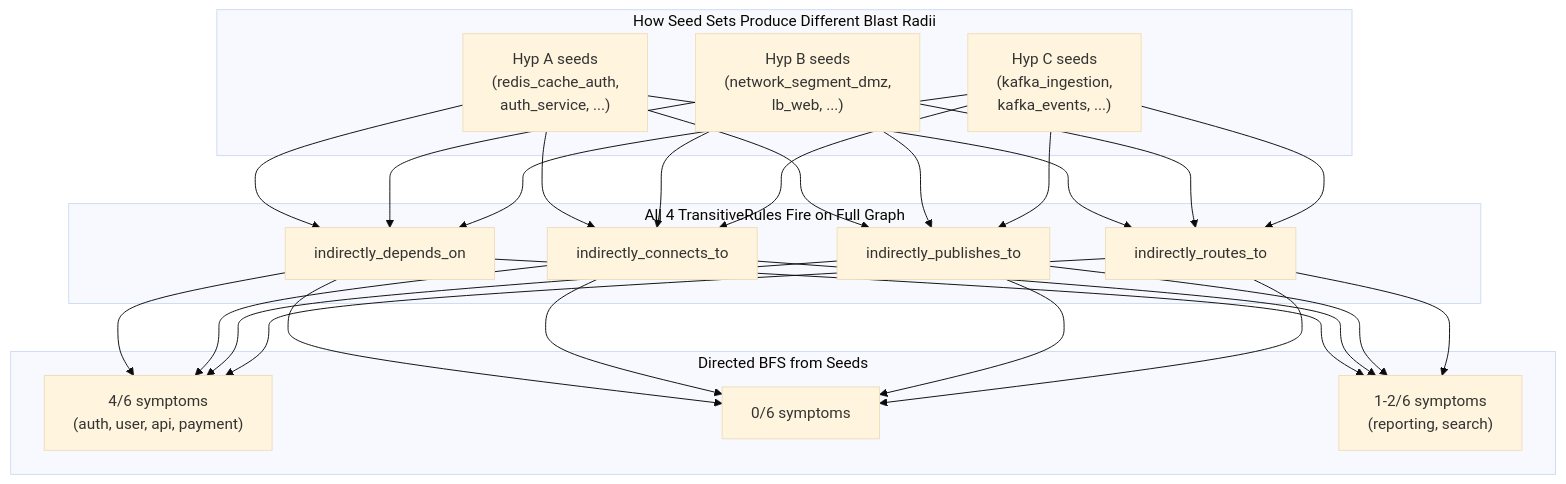
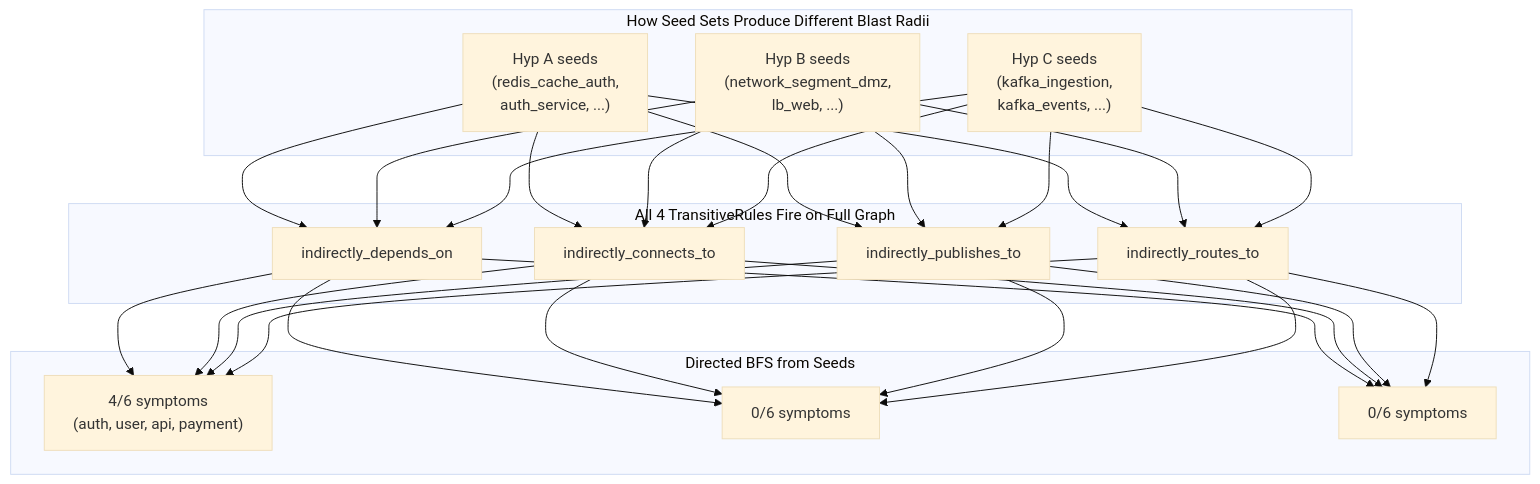
Before and after one commit to antquinonez/Hyper3: the third of 4 diagrams in examples/showcase/workflow/overlay_commit_rollback/README.md, drawn with Mermaid (base theme). The commit also changed other lines of this file and 18 other files, not shown here.

````diff
--- a/examples/showcase/workflow/overlay_commit_rollback/README.md
+++ b/examples/showcase/workflow/overlay_commit_rollback/README.md
@@ -317,26 +317,26 @@
 ```mermaid
 graph TD
     subgraph "How Seed Sets Produce Different Blast Radii"
         SA["Hyp A seeds<br/>(redis_cache_auth,<br/>auth_service, ...)"]
         SB["Hyp B seeds<br/>(network_segment_dmz,<br/>lb_web, ...)"]
         SC["Hyp C seeds<br/>(kafka_ingestion,<br/>kafka_events, ...)"]
     end
 
     subgraph "All 4 TransitiveRules Fire on Full Graph"
         R1["indirectly_depends_on"]
         R2["indirectly_connects_to"]
         R3["indirectly_publishes_to"]
         R4["indirectly_routes_to"]
     end
 
     subgraph "Directed BFS from Seeds"
         BA["4/6 symptoms<br/>(auth, user, api, payment)"]
         BB["0/6 symptoms"]
-        BC["1-2/6 symptoms<br/>(reporting, search)"]
+        BC["0/6 symptoms"]
     end
 
     SA --> R1 & R2 & R3 & R4
     SB --> R1 & R2 & R3 & R4
     SC --> R1 & R2 & R3 & R4
     R1 & R2 & R3 & R4 --> BA & BB & BC
 ```
````
